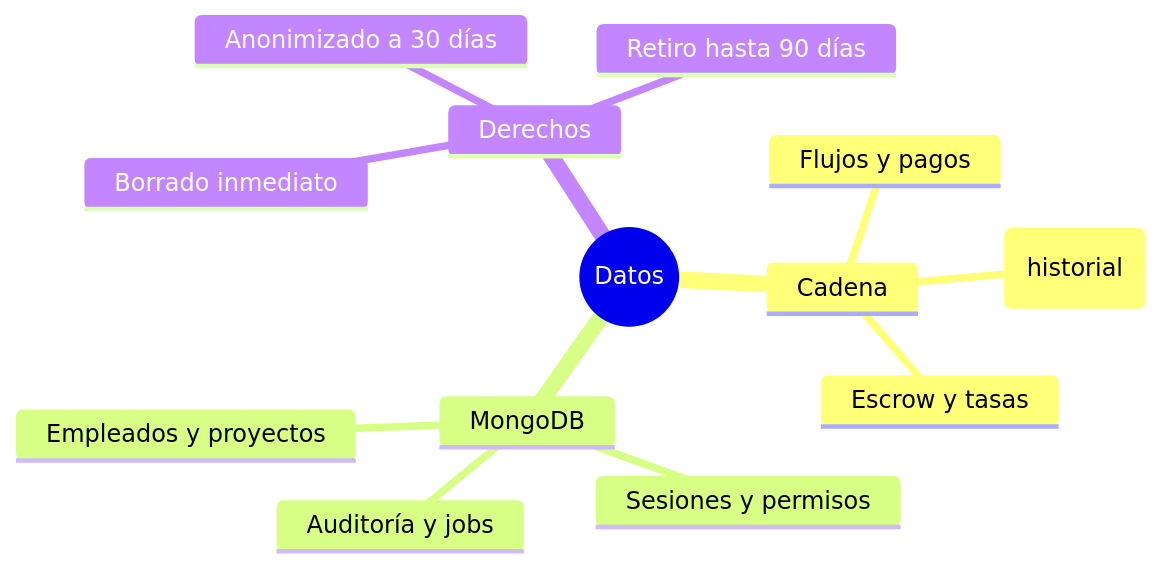
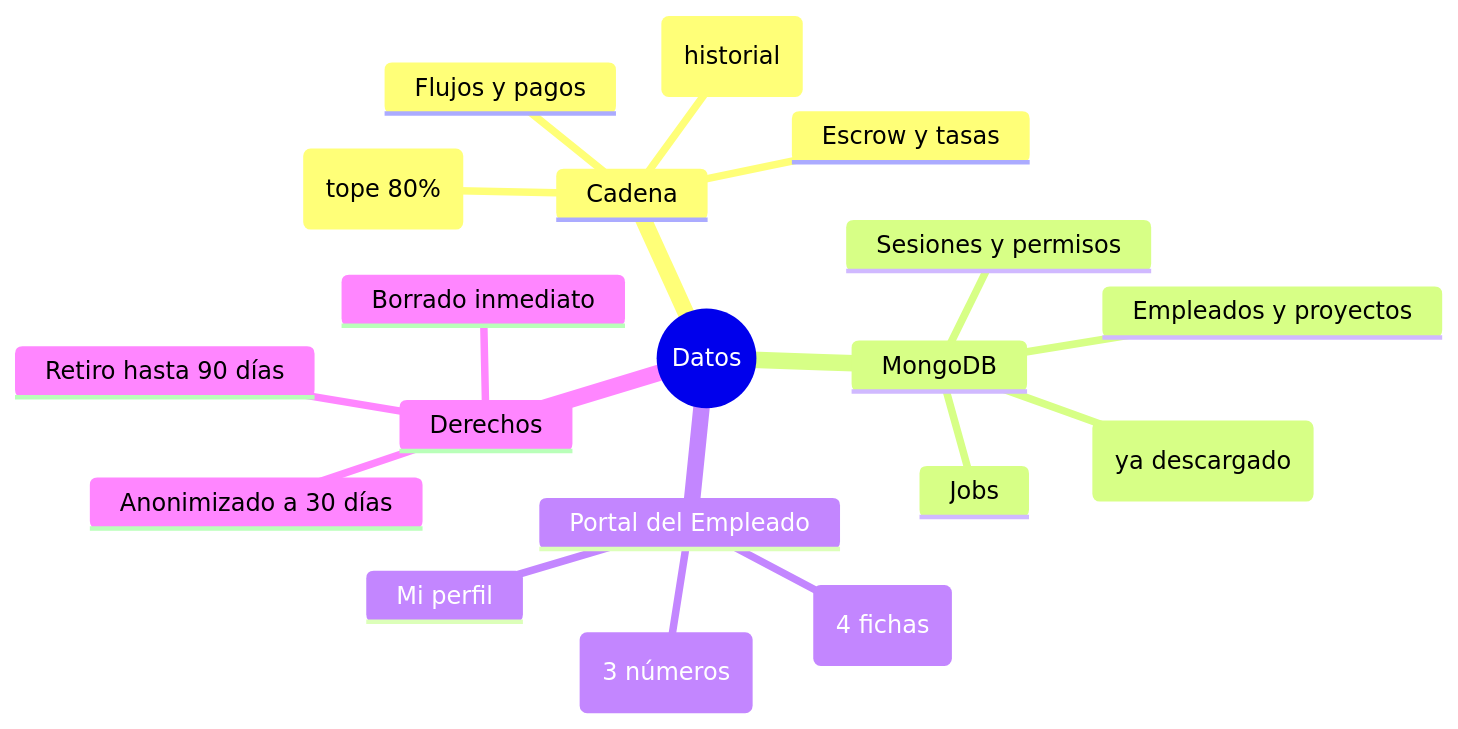
Before and after one commit to anlucorporations/superfluid: the first of 2 diagrams in docs/Manuales/05-Diccionario-de-Datos/05-diccionario.md, drawn with Mermaid. The commit also changed other lines of this file and 64 other files, not shown here.

First line of the commit message:
Manuales y casos de uso: Portal del Empleado, validacion de wallet y downgrade tope 80% (CU-17)

````diff
--- a/docs/Manuales/05-Diccionario-de-Datos/05-diccionario.md
+++ b/docs/Manuales/05-Diccionario-de-Datos/05-diccionario.md
@@ -34,16 +49,22 @@
 ```mermaid
 mindmap
   root((Datos))
     Cadena
       Flujos y pagos
       Eventos (historial)
       Escrow y tasas
+      Total asignado (tope 80%)
     MongoDB
       Empleados y proyectos
       Sesiones y permisos
-      Auditoría y jobs
+      Auditoría (ya descargado)
+      Jobs
+    Portal del Empleado
+      Resumen (3 números)
+      Downgrade de flujos (4 fichas)
+      Mi perfil
     Derechos
       Borrado inmediato
       Anonimizado a 30 días
       Retiro hasta 90 días
 ```
````
